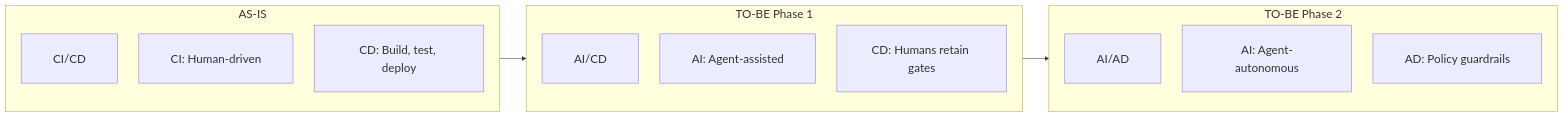
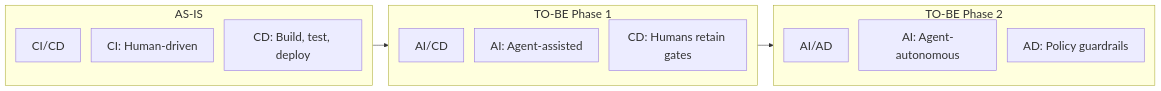
The first of 2 diagrams in docs/process/README.md (torbenanderson/icebox-cli), drawn with Mermaid before and after one commit. The commit also changed other lines of this file, not shown here.

````diff
--- a/docs/process/README.md
+++ b/docs/process/README.md
@@ -9,26 +11,26 @@
 ```mermaid
-%%{init: {'themeVariables': {'fontSize': '22px'}, 'flowchart': {'padding': 30, 'nodeSpacing': 40, 'rankSpacing': 50, 'subGraphTitleMargin': 50}}}%%
+%%{init: {'themeVariables': {'fontSize': '22px'}, 'flowchart': {'padding': 15, 'nodeSpacing': 20, 'rankSpacing': 30, 'subGraphTitleMargin': 15}}}%%
 flowchart LR
   subgraph ASIS["AS-IS"]
     direction TB
     C0[CI/CD]
     C1[CI: Human-driven]
     C2[CD: Build, test, deploy]
   end
   subgraph TOBE1["TO-BE Phase 1"]
     direction TB
     A0[AI/CD]
     A1[AI: Agent-assisted]
     A2[CD: Humans retain gates]
   end
   subgraph TOBE2["TO-BE Phase 2"]
     direction TB
     D0[AI/AD]
     D1[AI: Agent-autonomous]
     D2[AD: Policy guardrails]
   end
   ASIS --> TOBE1 --> TOBE2
   style ASIS min-width: 260px
   style TOBE1 min-width: 260px
   style TOBE2 min-width: 260px
 ```
````
